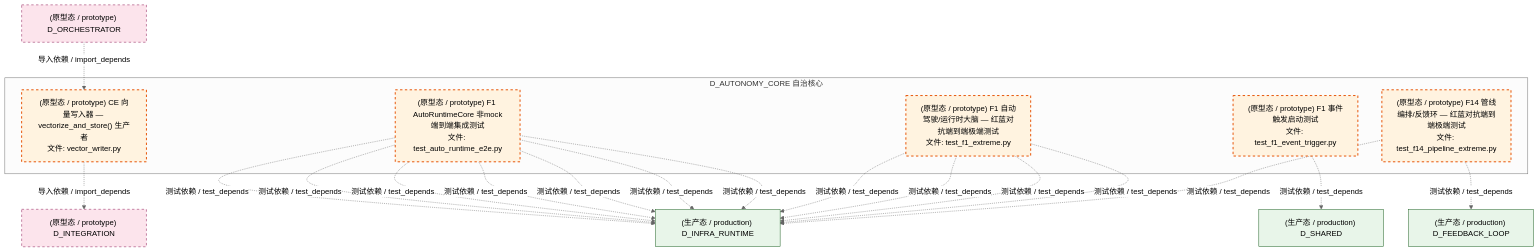
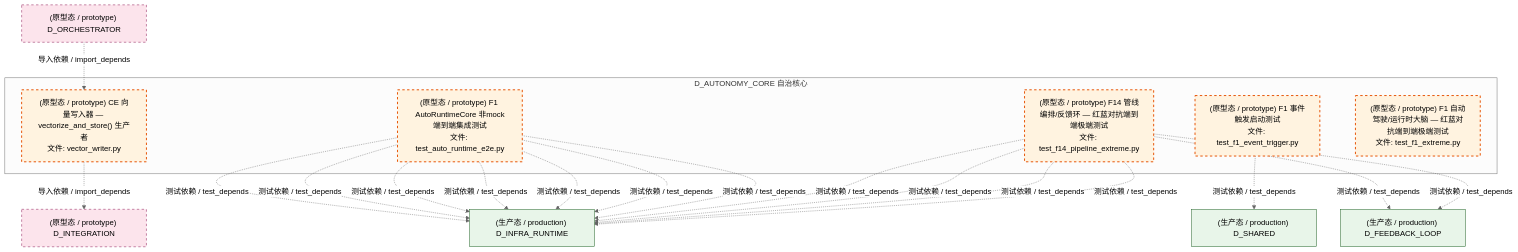
The seventh of 8 diagrams in docs/02_enterprise_architecture/02_domain_architecture_docs/07_d_autonomy_core.md (xuanFelixVan/ZephyrAlpha), drawn with Mermaid (neutral theme) before and after one commit. The commit also changed 101 other files, not shown here.

````diff
--- a/docs/02_enterprise_architecture/02_domain_architecture_docs/07_d_autonomy_core.md
+++ b/docs/02_enterprise_architecture/02_domain_architecture_docs/07_d_autonomy_core.md
@@ -764,38 +764,38 @@
 ```mermaid
 graph TD
     subgraph D_AUTONOMY_CORE["D_AUTONOMY_CORE 自治核心"]
         src_zephyr_integration_vector_memory_vector_writer_py["(原型态 / prototype) CE 向量写入器 — vectorize_and_store() 生产者<br/>文件: vector_writer.py"]
         tests_automation_test_auto_runtime_e2e_py["(原型态 / prototype) F1 AutoRuntimeCore 非mock端到端集成测试<br/>文件: test_auto_runtime_e2e.py"]
         tests_f_lifecycle_test_f1_event_trigger_py["(原型态 / prototype) F1 事件触发启动测试<br/>文件: test_f1_event_trigger.py"]
         tests_trading_extreme_test_f14_pipeline_extreme_py["(原型态 / prototype) F14 管线编排/反馈环 — 红蓝对抗端到端极端测试<br/>文件: test_f14_pipeline_extreme.py"]
         tests_trading_extreme_test_f1_extreme_py["(原型态 / prototype) F1 自动驾驶/运行时大脑 — 红蓝对抗端到端极端测试<br/>文件: test_f1_extreme.py"]
     end
     D_INTEGRATION["(原型态 / prototype) D_INTEGRATION"]
     src_zephyr_integration_vector_memory_vector_writer_py -.->|导入依赖 / import_depends| D_INTEGRATION
     D_INFRA_RUNTIME["(生产态 / production) D_INFRA_RUNTIME"]
     tests_automation_test_auto_runtime_e2e_py -.->|测试依赖 / test_depends| D_INFRA_RUNTIME
     tests_automation_test_auto_runtime_e2e_py -.->|测试依赖 / test_depends| D_INFRA_RUNTIME
     tests_automation_test_auto_runtime_e2e_py -.->|测试依赖 / test_depends| D_INFRA_RUNTIME
     tests_automation_test_auto_runtime_e2e_py -.->|测试依赖 / test_depends| D_INFRA_RUNTIME
     tests_automation_test_auto_runtime_e2e_py -.->|测试依赖 / test_depends| D_INFRA_RUNTIME
     tests_automation_test_auto_runtime_e2e_py -.->|测试依赖 / test_depends| D_INFRA_RUNTIME
     tests_automation_test_auto_runtime_e2e_py -.->|测试依赖 / test_depends| D_INFRA_RUNTIME
     D_SHARED["(生产态 / production) D_SHARED"]
     tests_f_lifecycle_test_f1_event_trigger_py -.->|测试依赖 / test_depends| D_SHARED
-    tests_trading_extreme_test_f1_extreme_py -.->|测试依赖 / test_depends| D_INFRA_RUNTIME
-    tests_trading_extreme_test_f1_extreme_py -.->|测试依赖 / test_depends| D_INFRA_RUNTIME
-    tests_trading_extreme_test_f1_extreme_py -.->|测试依赖 / test_depends| D_INFRA_RUNTIME
-    tests_trading_extreme_test_f1_extreme_py -.->|测试依赖 / test_depends| D_INFRA_RUNTIME
     D_FEEDBACK_LOOP["(生产态 / production) D_FEEDBACK_LOOP"]
     tests_trading_extreme_test_f14_pipeline_extreme_py -.->|测试依赖 / test_depends| D_FEEDBACK_LOOP
+    tests_trading_extreme_test_f14_pipeline_extreme_py -.->|测试依赖 / test_depends| D_FEEDBACK_LOOP
+    tests_trading_extreme_test_f14_pipeline_extreme_py -.->|测试依赖 / test_depends| D_INFRA_RUNTIME
+    tests_trading_extreme_test_f14_pipeline_extreme_py -.->|测试依赖 / test_depends| D_INFRA_RUNTIME
+    tests_trading_extreme_test_f14_pipeline_extreme_py -.->|测试依赖 / test_depends| D_INFRA_RUNTIME
     tests_trading_extreme_test_f14_pipeline_extreme_py -.->|测试依赖 / test_depends| D_INFRA_RUNTIME
     D_ORCHESTRATOR["(原型态 / prototype) D_ORCHESTRATOR"]
     D_ORCHESTRATOR -.->|导入依赖 / import_depends| src_zephyr_integration_vector_memory_vector_writer_py
     classDef production fill:#e1f5fe,stroke:#01579b,stroke-width:2px,color:#000
     classDef design fill:#fff3e0,stroke:#e65100,stroke-width:2px,color:#000,stroke-dasharray: 5 5
     classDef external_prod fill:#e8f5e9,stroke:#1b5e20,stroke-width:1px,color:#000
     classDef external_design fill:#fce4ec,stroke:#880e4f,stroke-width:1px,color:#000,stroke-dasharray: 5 5
     class src_zephyr_integration_vector_memory_vector_writer_py,tests_automation_test_auto_runtime_e2e_py,tests_f_lifecycle_test_f1_event_trigger_py,tests_trading_extreme_test_f14_pipeline_extreme_py,tests_trading_extreme_test_f1_extreme_py design
     class D_INFRA_RUNTIME,D_SHARED,D_FEEDBACK_LOOP external_prod
     class D_INTEGRATION,D_ORCHESTRATOR external_design
 ```
````
